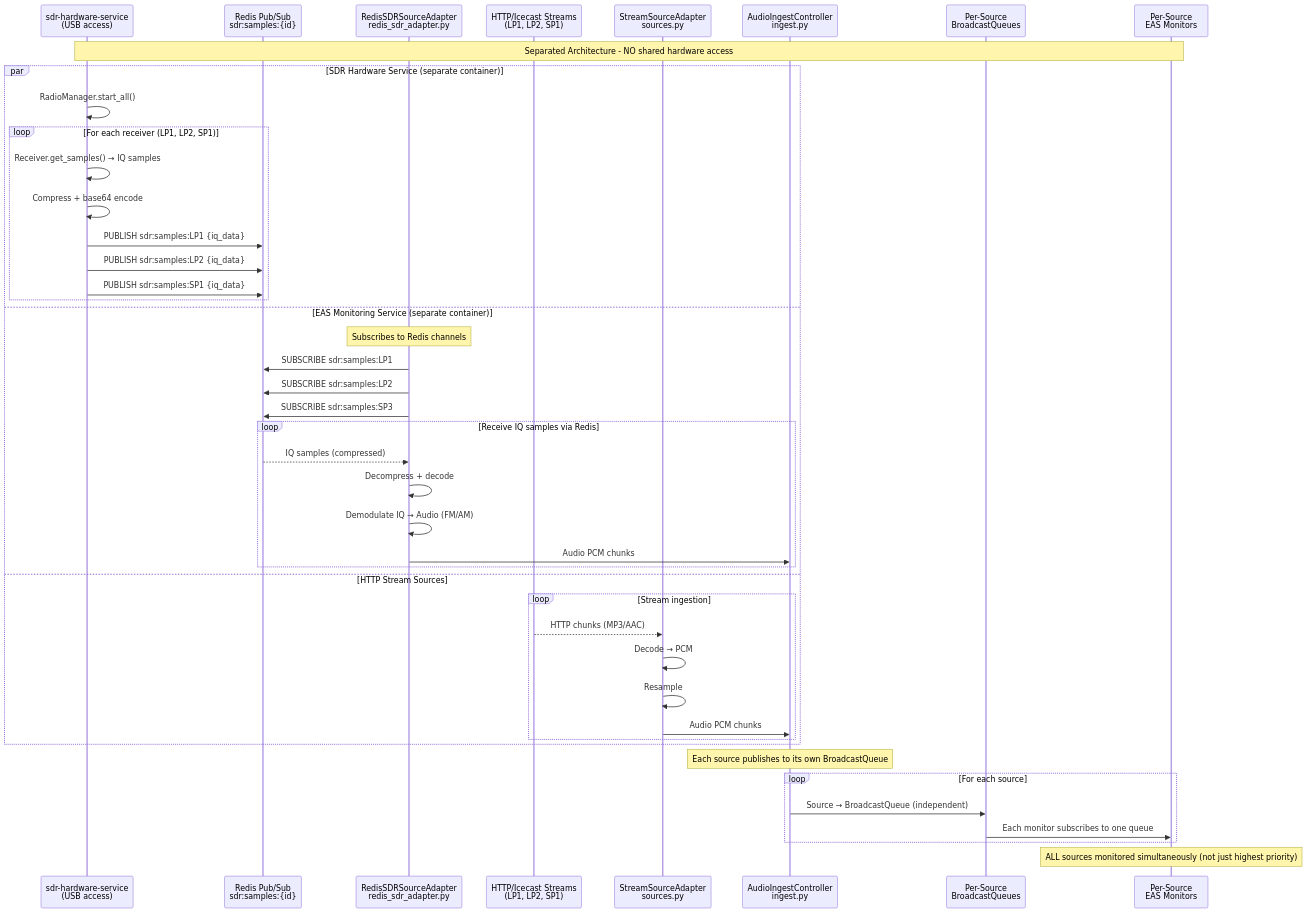
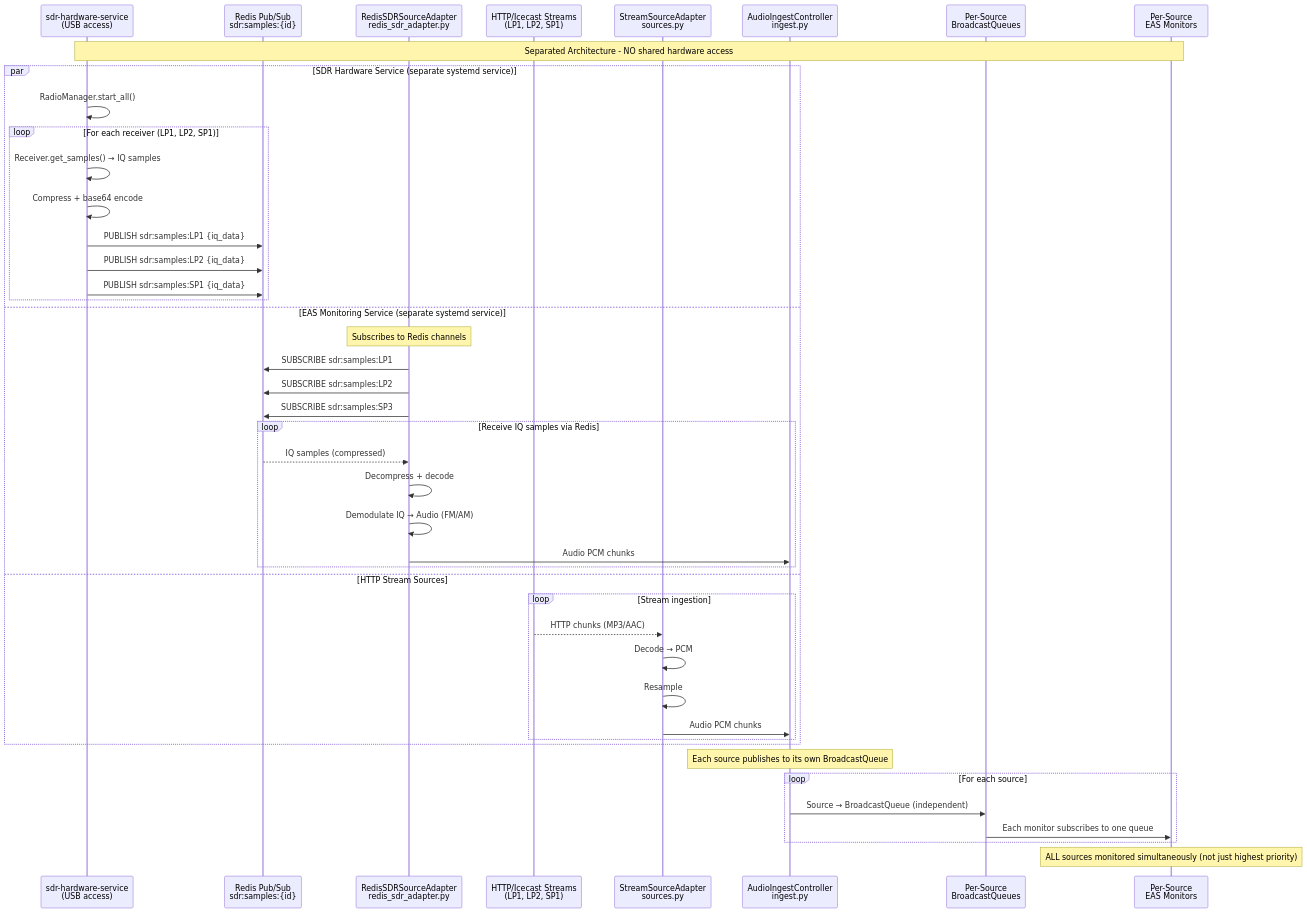
Before and after one commit to chelstein/eas-station: the third of 6 diagrams in docs/architecture/DATA_FLOW_SEQUENCES.md, drawn with Mermaid. The commit also changed other lines of this file and 4 other files, not shown here.

Commit message:
Update architecture docs: Remove Docker/container terminology, use systemd services

````diff
--- a/docs/architecture/DATA_FLOW_SEQUENCES.md
+++ b/docs/architecture/DATA_FLOW_SEQUENCES.md
@@ -230,52 +230,52 @@
 ```mermaid
 sequenceDiagram
     participant SDR_HW as sdr-hardware-service<br>(USB access)
     participant Redis as Redis Pub/Sub<br>sdr:samples:{id}
     participant RedisAdapter as RedisSDRSourceAdapter<br>redis_sdr_adapter.py
     participant Streams as HTTP/Icecast Streams<br>(LP1, LP2, SP1)
     participant StreamAdapter as StreamSourceAdapter<br>sources.py
     participant Controller as AudioIngestController<br>ingest.py
     participant BroadcastQ as Per-Source<br>BroadcastQueues
     participant EAS_Mon as Per-Source<br>EAS Monitors
 
     Note over SDR_HW,EAS_Mon: Separated Architecture - NO shared hardware access
 
-    par SDR Hardware Service (separate container)
+    par SDR Hardware Service (separate systemd service)
         SDR_HW->>SDR_HW: RadioManager.start_all()
         loop For each receiver (LP1, LP2, SP1)
             SDR_HW->>SDR_HW: Receiver.get_samples() → IQ samples
             SDR_HW->>SDR_HW: Compress + base64 encode
             SDR_HW->>Redis: PUBLISH sdr:samples:LP1 {iq_data}
             SDR_HW->>Redis: PUBLISH sdr:samples:LP2 {iq_data}
             SDR_HW->>Redis: PUBLISH sdr:samples:SP1 {iq_data}
         end
-    and EAS Monitoring Service (separate container)
+    and EAS Monitoring Service (separate systemd service)
         Note over RedisAdapter: Subscribes to Redis channels
         RedisAdapter->>Redis: SUBSCRIBE sdr:samples:LP1
         RedisAdapter->>Redis: SUBSCRIBE sdr:samples:LP2
         RedisAdapter->>Redis: SUBSCRIBE sdr:samples:SP3
         
         loop Receive IQ samples via Redis
             Redis-->>RedisAdapter: IQ samples (compressed)
             RedisAdapter->>RedisAdapter: Decompress + decode
             RedisAdapter->>RedisAdapter: Demodulate IQ → Audio (FM/AM)
             RedisAdapter->>Controller: Audio PCM chunks
         end
     and HTTP Stream Sources
         loop Stream ingestion
             Streams-->>StreamAdapter: HTTP chunks (MP3/AAC)
             StreamAdapter->>StreamAdapter: Decode → PCM
             StreamAdapter->>StreamAdapter: Resample
             StreamAdapter->>Controller: Audio PCM chunks
         end
     end
 
     Note over Controller: Each source publishes to its own BroadcastQueue
     
     loop For each source
         Controller->>BroadcastQ: Source → BroadcastQueue (independent)
         BroadcastQ->>EAS_Mon: Each monitor subscribes to one queue
     end
     
     Note over EAS_Mon: ALL sources monitored simultaneously (not just highest priority)
 ```
````
